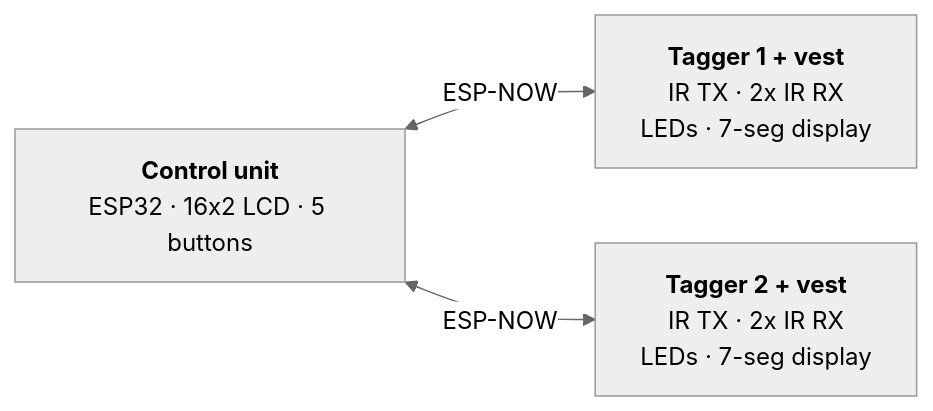
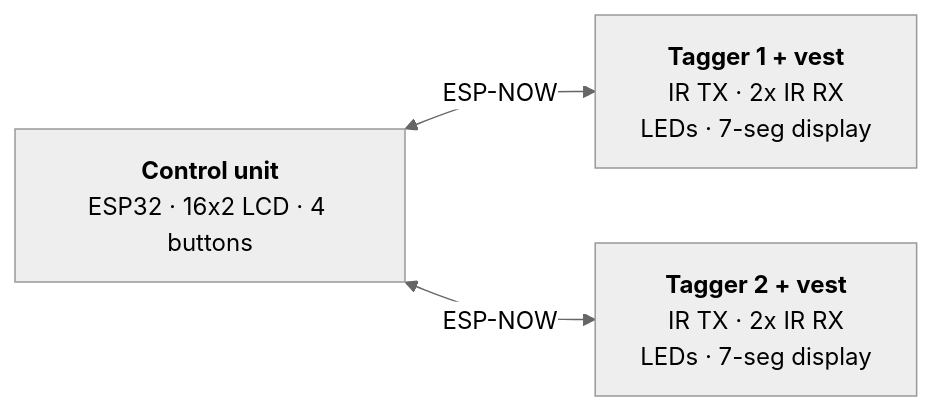
Before and after one commit to jonathan-kao/laser-dual: the first of 2 diagrams in README.md, drawn with Mermaid (neutral theme). The commit also changed other lines of this file and 5 other files, not shown here.

````diff
--- a/README.md
+++ b/README.md
@@ -79,8 +81,8 @@
 ```mermaid
 flowchart LR
-    CU["<b>Control unit</b><br/>ESP32 · 16x2 LCD · 5 buttons"]
+    CU["<b>Control unit</b><br/>ESP32 · 16x2 LCD · 4 buttons"]
     T1["<b>Tagger 1 + vest</b><br/>IR TX · 2x IR RX<br/>LEDs · 7-seg display"]
     T2["<b>Tagger 2 + vest</b><br/>IR TX · 2x IR RX<br/>LEDs · 7-seg display"]
     CU <-->|ESP-NOW| T1
     CU <-->|ESP-NOW| T2
 ```
````
